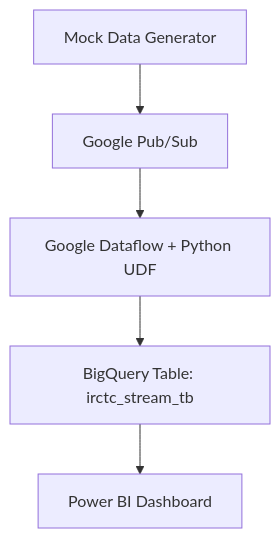
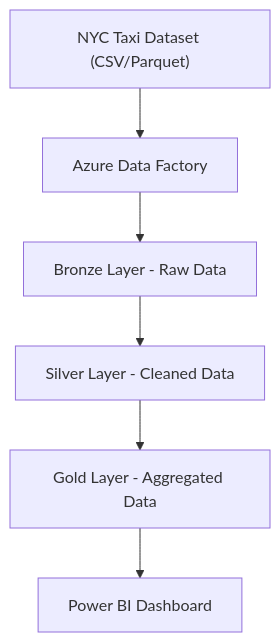
Before and after one commit to Tanya0139/irctc-gcp-bigQuery: the diagram in README.md, drawn with Mermaid.

````diff
--- a/README.md
+++ b/README.md
@@ -46,7 +46,8 @@
 ```mermaid
 graph TD
-  Python[Mock Data Generator] --> PubSub[Google Pub/Sub]
-  PubSub --> Dataflow[Google Dataflow + Python UDF]
-  Dataflow --> BigQuery[BigQuery Table: irctc_stream_tb]
-  BigQuery --> PowerBI[Power BI Dashboard]
+  Source["NYC Taxi Dataset (CSV/Parquet)"] --> ADF[Azure Data Factory]
+  ADF --> Bronze[Bronze Layer - Raw Data]
+  Bronze --> Silver[Silver Layer - Cleaned Data]
+  Silver --> Gold[Gold Layer - Aggregated Data]
+  Gold --> PowerBI[Power BI Dashboard]
 ```
````
